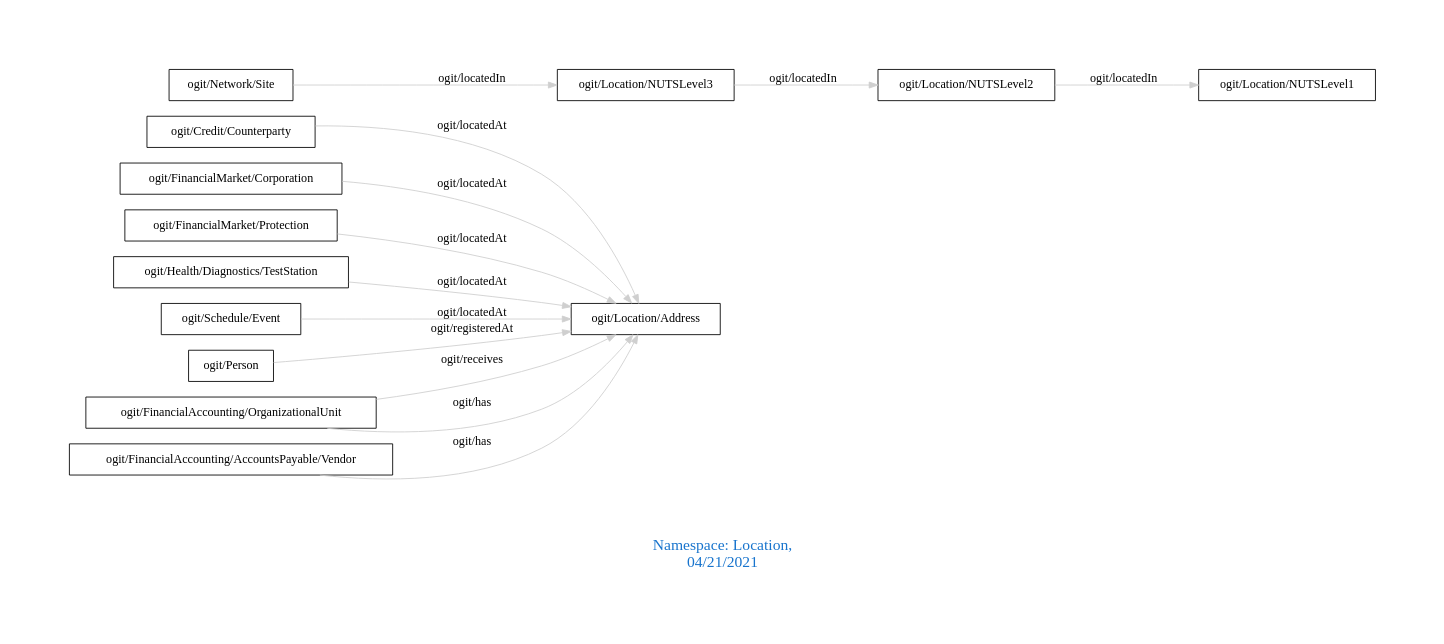
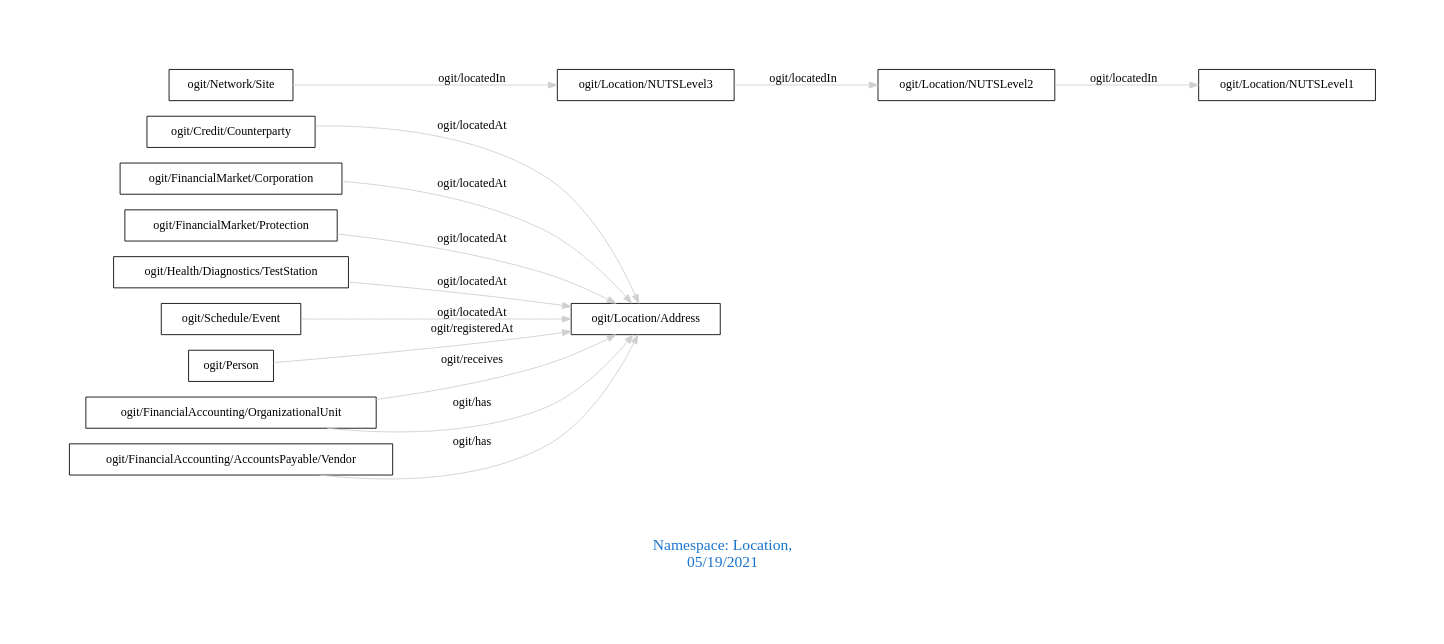
Before and after one commit to arago/OGIT: the diagram in downloads/Location.dot, drawn with Graphviz. The commit also changed 1878 other files, not shown here.

```diff
--- a/downloads/Location.dot
+++ b/downloads/Location.dot
@@ -1,20 +1,20 @@
 digraph OGIT_ontology {
  graph [ rankdir= LR,pad=1 
 fontsize = 18,
-fontcolor= dodgerblue3,label = "\n\n\nNamespace: Location, \n 04/21/2021"];
+fontcolor= dodgerblue3,label = "\n\n\nNamespace: Location, \n 05/19/2021"];
 node[shape=polygon];
 edge [  color="gray81"];
 
    "ogit/Credit/Counterparty" -> "ogit/Location/Address" [label="   ogit/locatedAt    "];
    "ogit/FinancialMarket/Corporation" -> "ogit/Location/Address" [label="   ogit/locatedAt    "];
    "ogit/FinancialMarket/Protection" -> "ogit/Location/Address" [label="   ogit/locatedAt    "];
    "ogit/Health/Diagnostics/TestStation" -> "ogit/Location/Address" [label="   ogit/locatedAt    "];
    "ogit/Schedule/Event" -> "ogit/Location/Address" [label="   ogit/locatedAt    "];
    "ogit/Location/NUTSLevel2" -> "ogit/Location/NUTSLevel1" [label="   ogit/locatedIn    "];
    "ogit/Location/NUTSLevel3" -> "ogit/Location/NUTSLevel2" [label="   ogit/locatedIn    "];
    "ogit/Network/Site" -> "ogit/Location/NUTSLevel3" [label="   ogit/locatedIn    "];
    "ogit/Person" -> "ogit/Location/Address" [label="   ogit/registeredAt    "];
    "ogit/FinancialAccounting/OrganizationalUnit" -> "ogit/Location/Address" [label="   ogit/receives    "];
    "ogit/FinancialAccounting/AccountsPayable/Vendor" -> "ogit/Location/Address" [label="   ogit/has    "];
    "ogit/FinancialAccounting/OrganizationalUnit" -> "ogit/Location/Address" [label="   ogit/has    "];
 }
```
